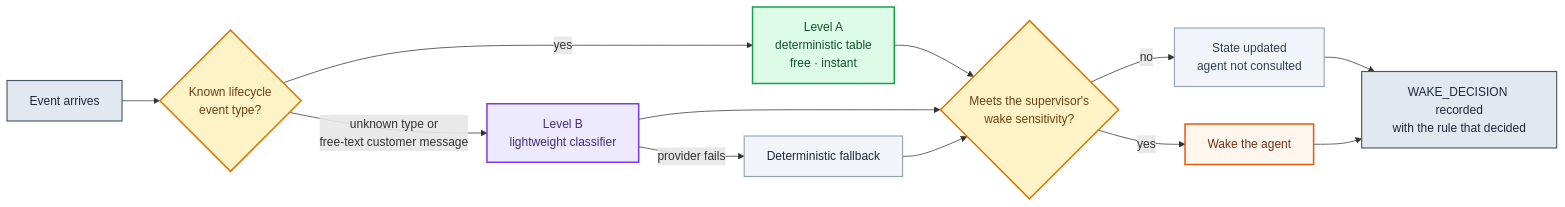
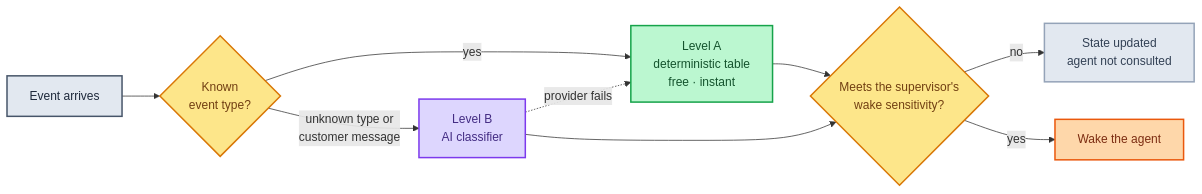
The third of 3 diagrams in README.md (Gupta2708/OrderPilot), drawn with Mermaid before and after one commit. The commit also changed other lines of this file and 5 other files, not shown here.

````diff
--- a/README.md
+++ b/README.md
@@ -327,31 +273,25 @@
 ```mermaid
 flowchart LR
-    E["Event arrives"] --> A{"Known lifecycle<br/>event type?"}
+    E["Event arrives"] --> A{"Known<br/>event type?"}
     A -->|"yes"| T["Level A<br/>deterministic table<br/>free · instant"]
-    A -->|"unknown type or<br/>free-text customer message"| B["Level B<br/>lightweight classifier"]
-    B -->|"provider fails"| FB["Deterministic fallback"]
+    A -->|"unknown type or<br/>customer message"| B["Level B<br/>AI classifier"]
+    B -.->|"provider fails"| T
     T --> CAP{"Meets the supervisor's<br/>wake sensitivity?"}
     B --> CAP
-    FB --> CAP
-    CAP -->|"no"| NOWAKE["State updated<br/>agent not consulted"]
-    CAP -->|"yes"| WAKE["Wake the agent"]
-    NOWAKE --> REC["WAKE_DECISION recorded<br/>with the rule that decided"]
-    WAKE --> REC
+    CAP -->|"no"| NO["State updated<br/>agent not consulted"]
+    CAP -->|"yes"| YES["Wake the agent"]
 
-    classDef entry fill:#e2e8f0,stroke:#475569,color:#1e293b,stroke-width:1.5px
-    classDef branch fill:#fef3c7,stroke:#d97706,color:#713f12,stroke-width:2px
-    classDef levelA fill:#dcfce7,stroke:#16a34a,color:#14532d,stroke-width:2px
-    classDef levelB fill:#ede9fe,stroke:#7c3aed,color:#432c83,stroke-width:2px
-    classDef fallback fill:#f1f5f9,stroke:#94a3b8,color:#1e293b,stroke-width:1.5px
-    classDef quiet fill:#f1f5f9,stroke:#94a3b8,color:#334155,stroke-width:1.5px
-    classDef loud fill:#fff7ed,stroke:#ea580c,color:#7c2d12,stroke-width:2px
+    classDef entry fill:#e2e8f0,stroke:#475569,color:#1e293b,stroke-width:2px
+    classDef branch fill:#fde68a,stroke:#d97706,color:#713f12,stroke-width:2px
+    classDef a fill:#bbf7d0,stroke:#16a34a,color:#14532d,stroke-width:2px
+    classDef b fill:#ddd6fe,stroke:#7c3aed,color:#432c83,stroke-width:2px
+    classDef quiet fill:#e2e8f0,stroke:#94a3b8,color:#334155,stroke-width:2px
+    classDef loud fill:#fed7aa,stroke:#ea580c,color:#7c2d12,stroke-width:2px
 
     class E entry
     class A,CAP branch
-    class T levelA
-    class B levelB
-    class FB fallback
-    class NOWAKE quiet
-    class WAKE loud
-    class REC entry
+    class T a
+    class B b
+    class NO quiet
+    class YES loud
 ```
````
